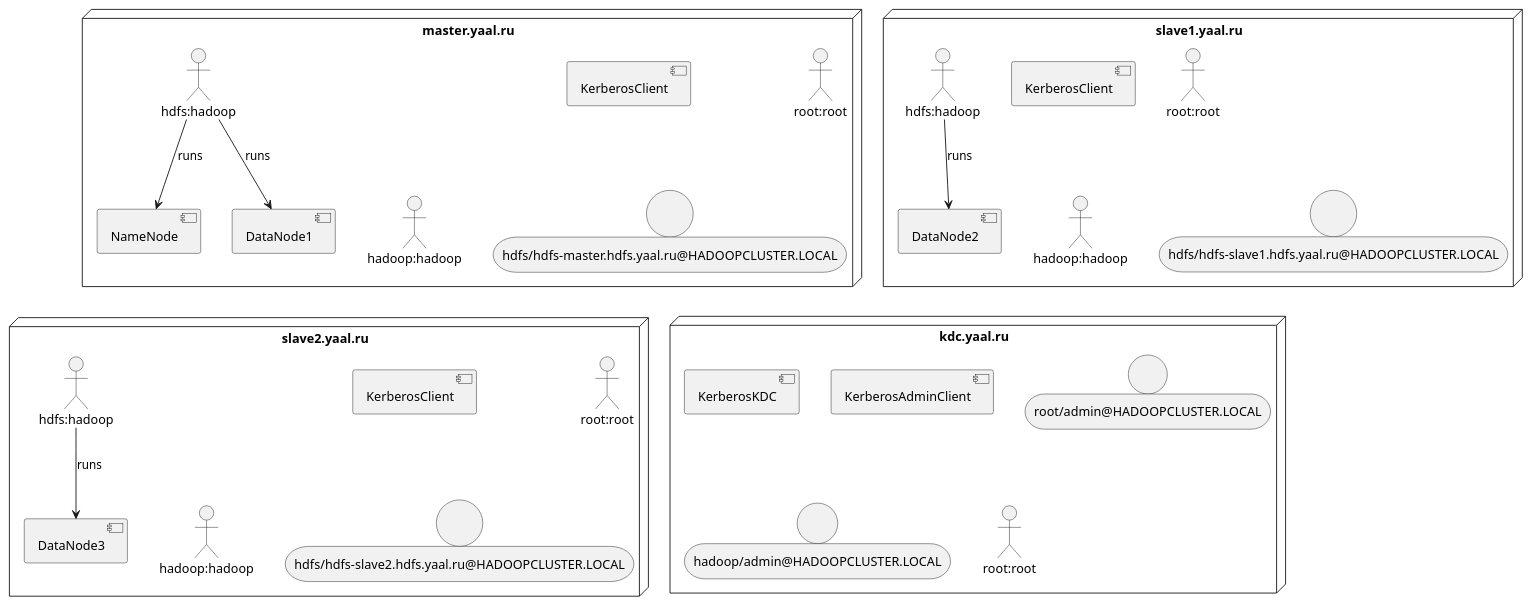
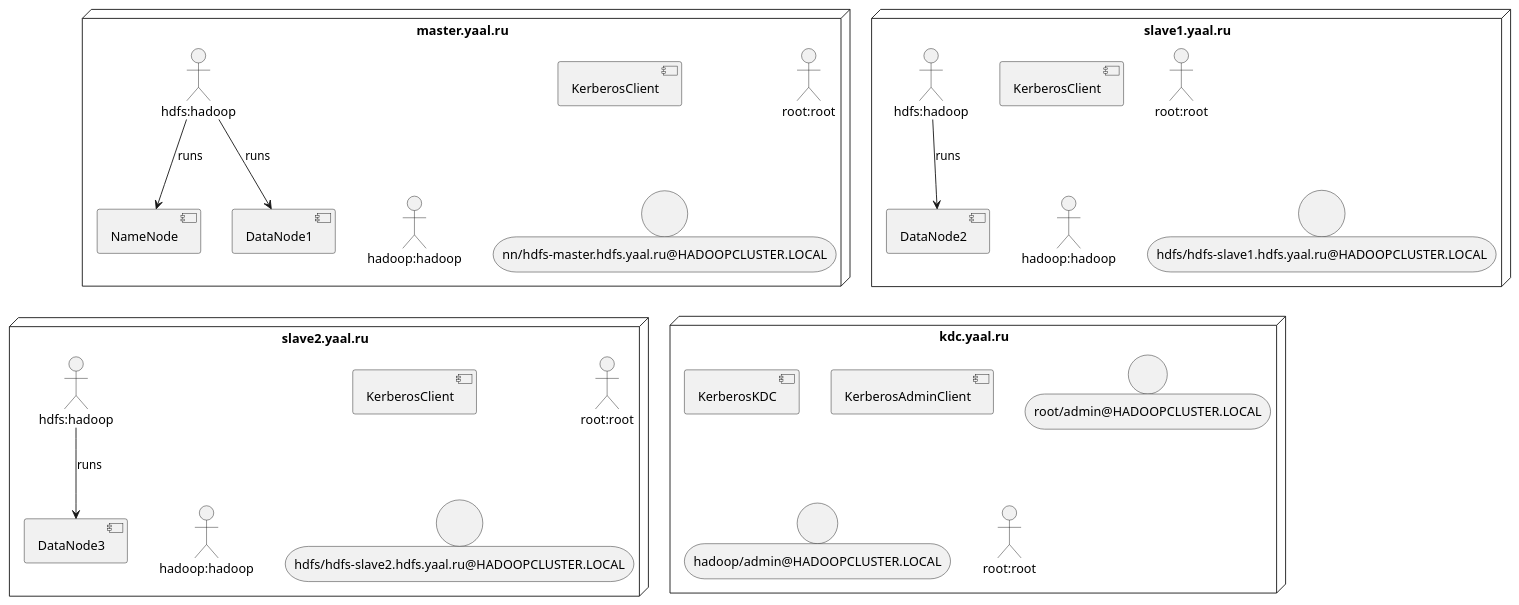
The diagram in Building+/Docker+/DockerImage+/Application+/Hadoop+/Hadoop2+/HdfsKerberosCluster/cluster.puml (Aleks-Ya/yaal_examples), drawn with PlantUML before and after one commit. The commit also changed 6 other files, not shown here.

```diff
--- a/Building+/Docker+/DockerImage+/Application+/Hadoop+/Hadoop2+/HdfsKerberosCluster/cluster.puml
+++ b/Building+/Docker+/DockerImage+/Application+/Hadoop+/Hadoop2+/HdfsKerberosCluster/cluster.puml
@@ -1,42 +1,42 @@
 @startuml
 'https://plantuml.com/deployment-diagram
 
 
 node "master.yaal.ru" {
     component NameNode
     component DataNode1
     component KerberosClient as KerberosClientM
     actor "root:root" as RootM
     actor "hadoop:hadoop" as HadoopM
     actor "hdfs:hadoop" as HdfsM
-    person "hdfs/hdfs-master.hdfs.yaal.ru@HADOOPCLUSTER.LOCAL"
+    person "nn/hdfs-master.hdfs.yaal.ru@HADOOPCLUSTER.LOCAL"
     HdfsM --> NameNode: runs
     HdfsM --> DataNode1: runs
 }
 node "slave1.yaal.ru" {
     component DataNode2
     component KerberosClient as KerberosClientS1
     actor "root:root" as RootS1
     actor "hadoop:hadoop" as HadoopS1
     actor "hdfs:hadoop" as HdfsS1
     person "hdfs/hdfs-slave1.hdfs.yaal.ru@HADOOPCLUSTER.LOCAL"
     HdfsS1 --> DataNode2: runs
 }
 node "slave2.yaal.ru" {
     component DataNode3
     component KerberosClient as KerberosClientS2
     actor "root:root" as RootS2
     actor "hadoop:hadoop" as HadoopS2
     actor "hdfs:hadoop" as HdfsS2
     person "hdfs/hdfs-slave2.hdfs.yaal.ru@HADOOPCLUSTER.LOCAL"
     HdfsS2 --> DataNode3: runs
 }
 node "kdc.yaal.ru" {
     component KerberosKDC
     component KerberosAdminClient
     person "root/admin@HADOOPCLUSTER.LOCAL"
     person "hadoop/admin@HADOOPCLUSTER.LOCAL"
     actor "root:root" as RootKdc
 }
 
 @enduml
```
